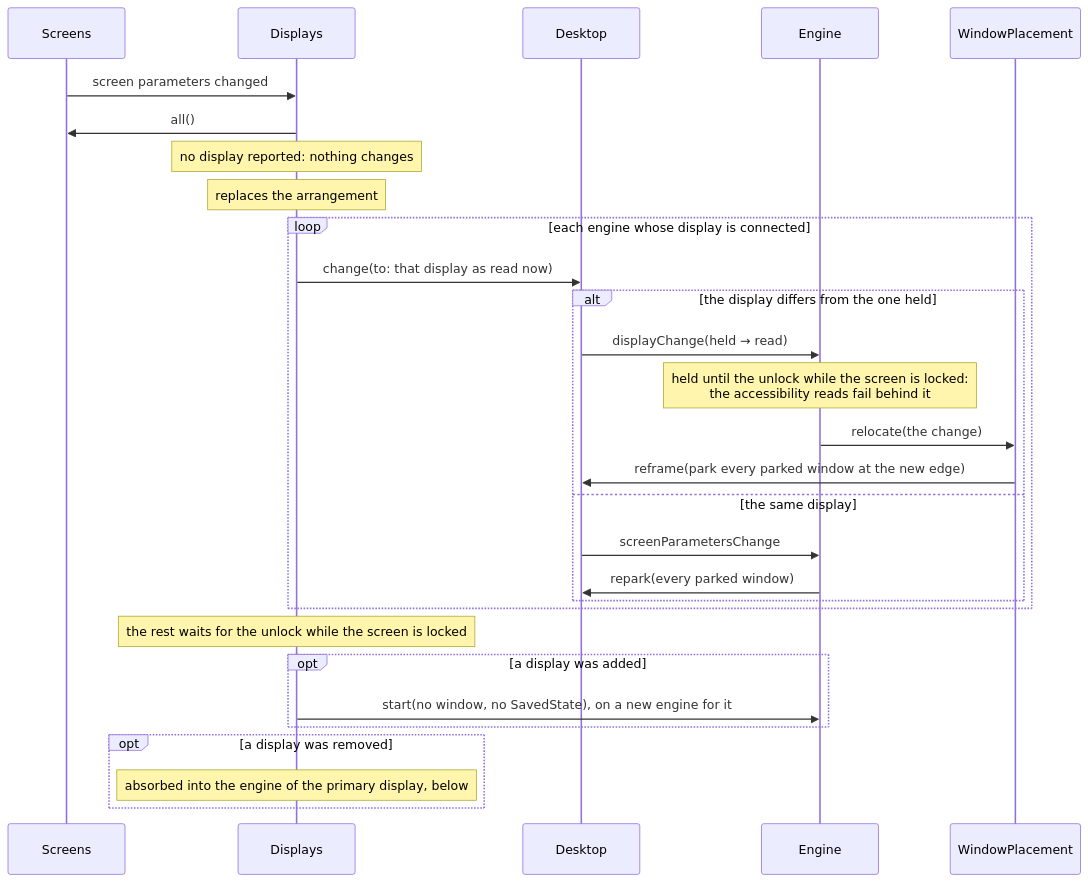
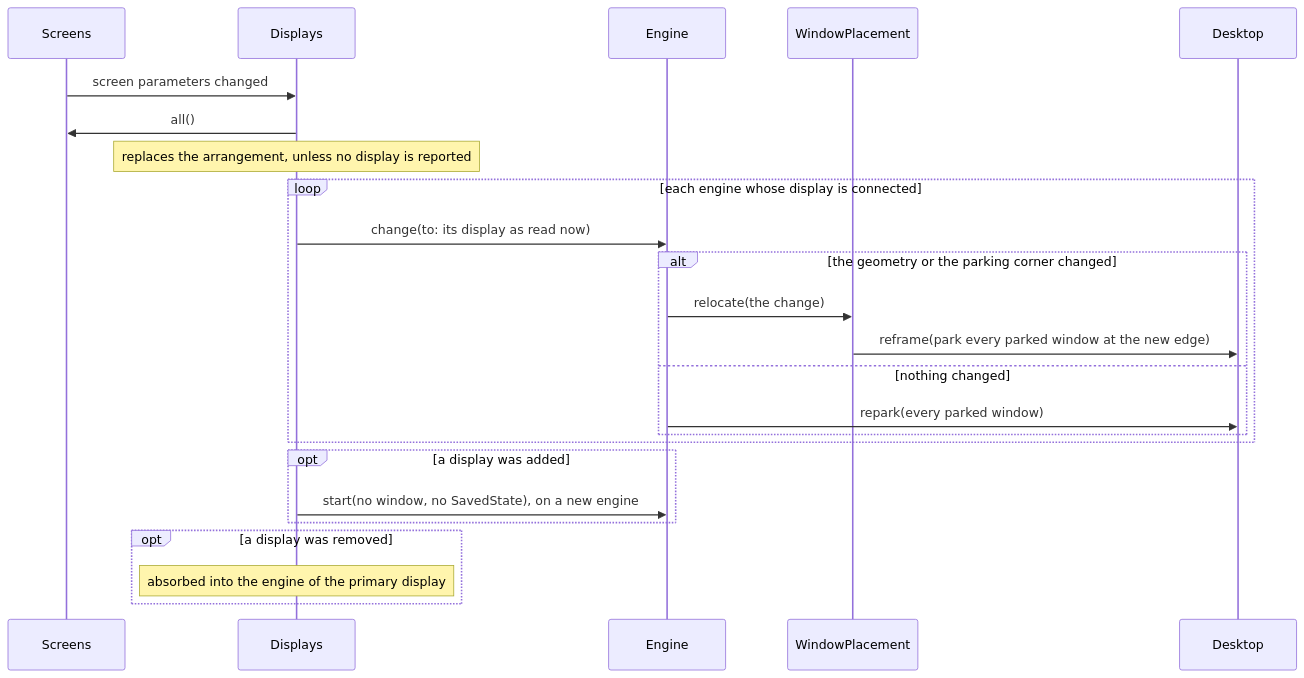
Before and after one commit to brennovich/ottowm: diagram 16 of 25 in ARCHITECTURE.md, drawn with Mermaid. The commit also changed other lines of this file, not shown here.

````diff
--- a/ARCHITECTURE.md
+++ b/ARCHITECTURE.md
@@ -430,26 +390,21 @@
 ```mermaid
 sequenceDiagram
     Screens->>Displays: screen parameters changed
     Displays->>Screens: all()
-    Note over Displays: no display reported: nothing changes
-    Note over Displays: replaces the arrangement
+    Note over Displays: replaces the arrangement, unless no display is reported
     loop each engine whose display is connected
-        Displays->>Desktop: change(to: that display as read now)
-        alt the display differs from the one held
-            Desktop->>Engine: displayChange(held → read)
-            Note over Engine: held until the unlock while the screen is locked:<br/>the accessibility reads fail behind it
+        Displays->>Engine: change(to: its display as read now)
+        alt the geometry or the parking corner changed
             Engine->>WindowPlacement: relocate(the change)
             WindowPlacement->>Desktop: reframe(park every parked window at the new edge)
-        else the same display
-            Desktop->>Engine: screenParametersChange
+        else nothing changed
             Engine->>Desktop: repark(every parked window)
         end
     end
-    Note over Displays: the rest waits for the unlock while the screen is locked
     opt a display was added
-        Displays->>Engine: start(no window, no SavedState), on a new engine for it
+        Displays->>Engine: start(no window, no SavedState), on a new engine
     end
     opt a display was removed
-        Note over Displays: absorbed into the engine of the primary display, below
+        Note over Displays: absorbed into the engine of the primary display
     end
 ```
````
